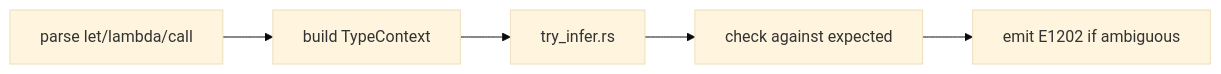
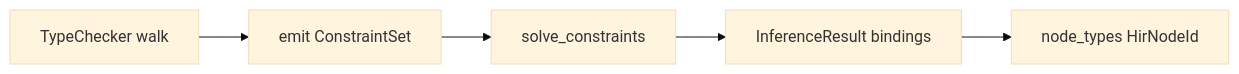
Before and after one commit to Cyber-Nomad-Collective/beskid: the diagram in site/website/src/content/docs/platform-spec/language-meta/type-system/type-inference/design-model.mdx, drawn with Mermaid (base theme). The commit also changed other lines of this file and 291 other files, not shown here.

First line of the commit message:
Bump compiler for type checker refactor and stop tracking .beskid LSP cache.

````diff
--- a/site/website/src/content/docs/platform-spec/language-meta/type-system/type-inference/design-model.mdx
+++ b/site/website/src/content/docs/platform-spec/language-meta/type-system/type-inference/design-model.mdx
@@ -39,9 +41,9 @@
 ```mermaid
 flowchart LR
-    parse[parse let/lambda/call]
-    context[build TypeContext]
-    infer[try_infer.rs]
-    check[check against expected]
-    emit[emit E1202 if ambiguous]
-    parse --> context --> infer --> check --> emit
+    check[TypeChecker walk]
+    emit[emit ConstraintSet]
+    solve[solve_constraints]
+    bind[InferenceResult bindings]
+    record[node_types HirNodeId]
+    check --> emit --> solve --> bind --> record
 ```
````
